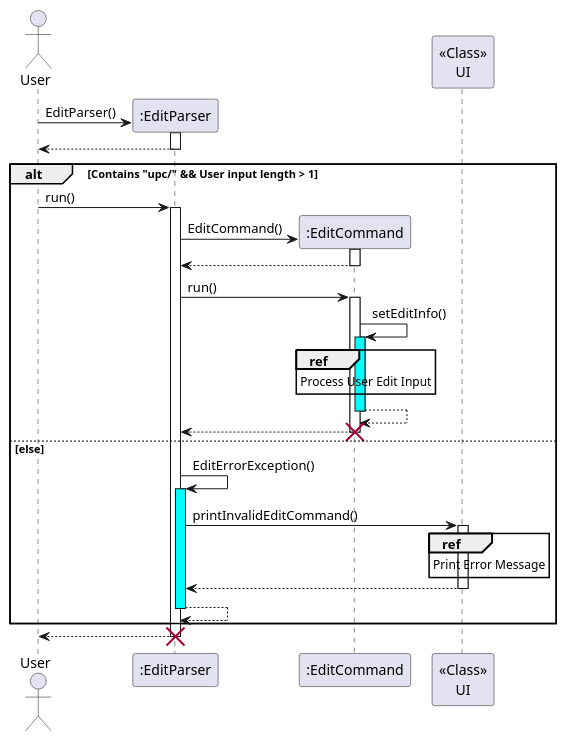
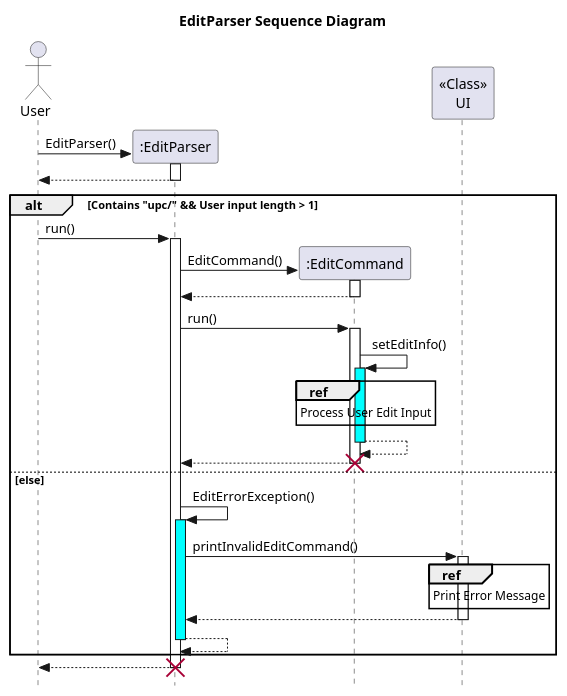
Before and after one commit to nus-cs2113-AY2223S2/tp: the diagram in docs/UML/Edit/EditParser.puml, drawn with PlantUML. The commit also changed 34 other files, not shown here.

Commit message:
Add line of code and titles to rest of UML to standardise

```diff
--- a/docs/UML/Edit/EditParser.puml
+++ b/docs/UML/Edit/EditParser.puml
@@ -1,42 +1,44 @@
 @startuml
 'https://plantuml.com/sequence-diagram
+title EditParser Sequence Diagram
 
+skinparam style strictuml
 actor User
 User -> ":EditParser" **:EditParser()
 activate ":EditParser"
 ":EditParser" --> User
 deactivate ":EditParser"
 
 alt Contains "upc/" && User input length > 1
     User -> ":EditParser": run()
     activate ":EditParser"
     ":EditParser" -> ":EditCommand" **:EditCommand()
     activate ":EditCommand"
     ":EditCommand" --> ":EditParser"
     deactivate ":EditCommand"
     ":EditParser" -> ":EditCommand" : run()
     activate ":EditCommand"
     ":EditCommand" -> ":EditCommand": setEditInfo()
     activate ":EditCommand" #Cyan
     ref over ":EditCommand" : Process User Edit Input
     ":EditCommand" --> ":EditCommand"
     deactivate ":EditCommand"
     ":EditCommand" --> ":EditParser"
     deactivate ":EditCommand"
     destroy ":EditCommand"
 else else
     ":EditParser" -> ":EditParser": EditErrorException()
     activate ":EditParser" #Cyan
     ":EditParser" -> "<<Class>>\nUI": printInvalidEditCommand()
     activate "<<Class>>\nUI"
     ref over "<<Class>>\nUI": Print Error Message
     "<<Class>>\nUI" --> ":EditParser"
     deactivate "<<Class>>\nUI"
     ":EditParser" --> ":EditParser"
     deactivate ":EditParser"
 end
 
 ":EditParser" --> User
 deactivate ":EditParser"
 destroy ":EditParser"
 @enduml
```
